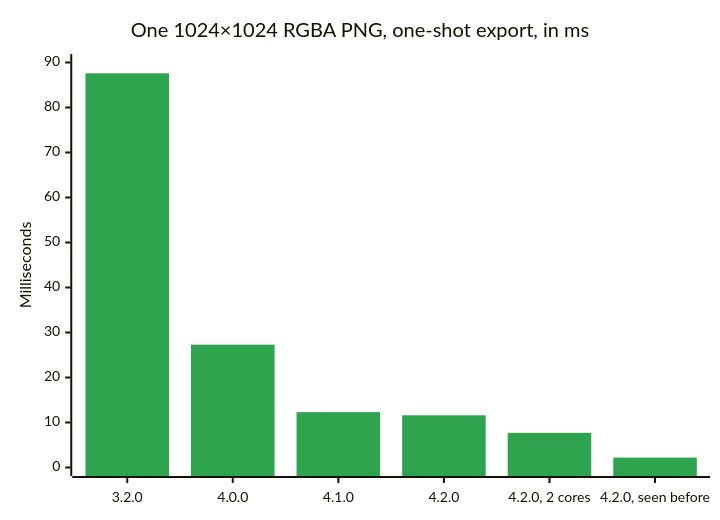
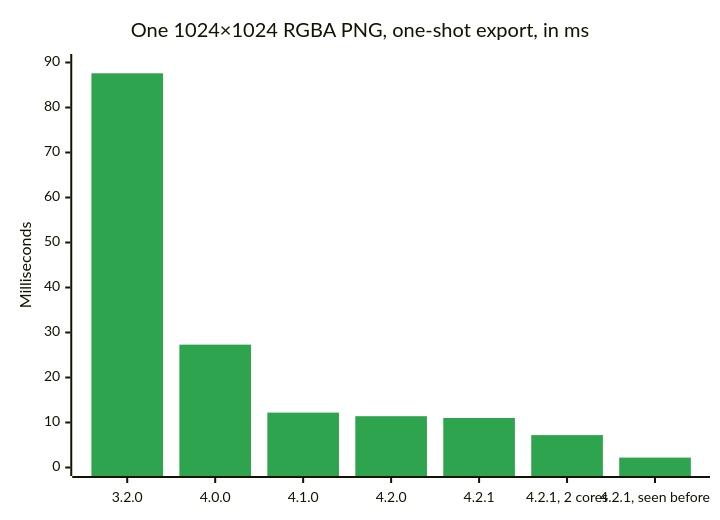
One commit to Butterski/rayomd changed the first of 4 diagrams in README.md. Above: the diagram before and after it, drawn with Mermaid. The commit also changed other lines of this file and 1 other file, not shown here.

````diff
--- a/README.md
+++ b/README.md
@@ -155,8 +156,8 @@
 ```mermaid
 %%{init: {"themeVariables": {"xyChart": {"plotColorPalette": "#2ea44f"}}}}%%
 xychart-beta
     title "One 1024×1024 RGBA PNG, one-shot export, in ms"
-    x-axis ["3.2.0", "4.0.0", "4.1.0", "4.2.0", "4.2.0, 2 cores", "4.2.0, seen before"]
+    x-axis ["3.2.0", "4.0.0", "4.1.0", "4.2.0", "4.2.1", "4.2.1, 2 cores", "4.2.1, seen before"]
     y-axis "Milliseconds" 0 --> 90
-    bar [87.6, 27.3, 12.3, 11.6, 7.7, 2.2]
+    bar [87.6, 27.3, 12.2, 11.4, 11.0, 7.2, 2.2]
 ```
````
